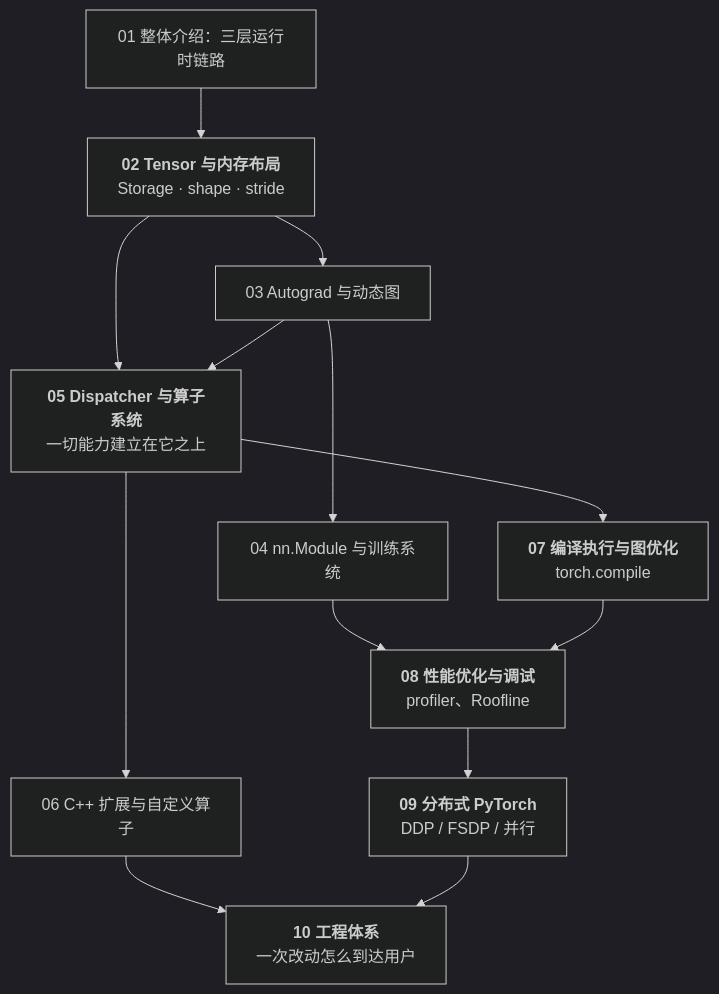
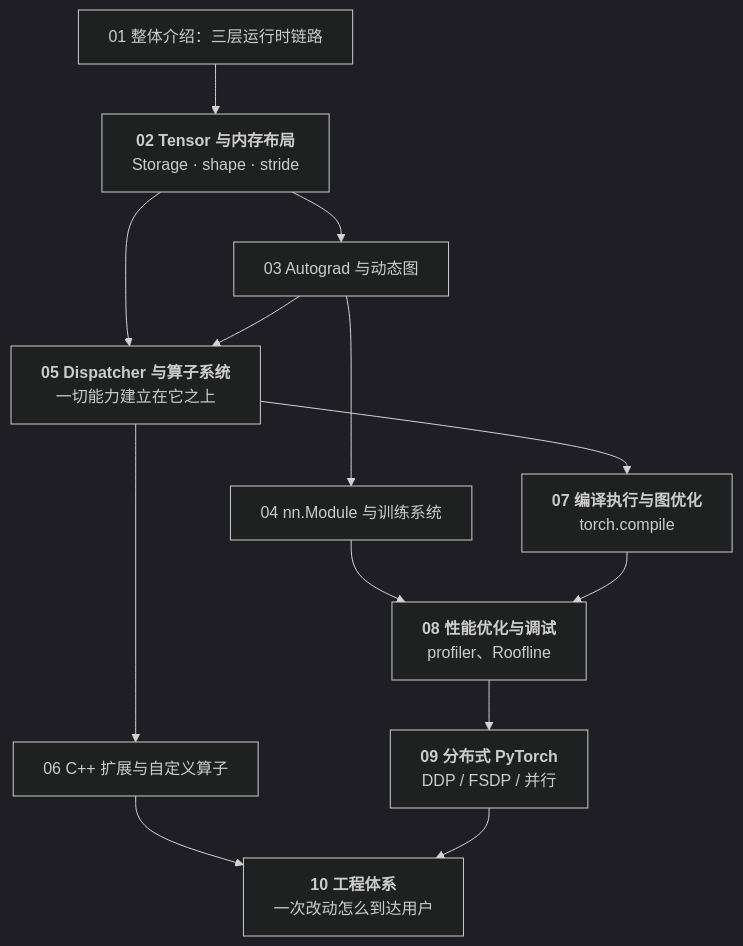
One commit to arganzheng/arganzheng.github.com changed the diagram in _posts/2026-02-26-deep-dive-into-pytorch-series-recap-and-self-test.md. Above: the diagram before and after it, drawn with Mermaid (dark theme). The commit also changed 9 other files, not shown here.

First line of the commit message:
PyTorch 系列其余 9 篇：流程图方框改成「标题 + 列表」

````diff
--- a/_posts/2026-02-26-deep-dive-into-pytorch-series-recap-and-self-test.md
+++ b/_posts/2026-02-26-deep-dive-into-pytorch-series-recap-and-self-test.md
@@ -20,16 +20,16 @@
 ```mermaid
-%%{init: {"flowchart": {"wrappingWidth": 170}}}%%
+%%{init: {"flowchart": {"wrappingWidth": 540}}}%%
 %% 图：PyTorch 系列全景：Tensor → Autograd → Module → Dispatcher → 扩展 / 编译 → 性能 → 分布式 → 工程体系
 flowchart TB
     P1["01 整体介绍：三层运行时链路"] --> T2["<b>02 Tensor 与内存布局</b><br/>Storage · shape · stride"]
     T2 --> A3["03 Autograd 与动态图"]
     A3 --> M4["04 nn.Module 与训练系统"]
     T2 --> D5["<b>05 Dispatcher 与算子系统</b><br/>一切能力建立在它之上"]
     A3 --> D5
     D5 --> X6["06 C++ 扩展与自定义算子"]
     D5 --> C7["<b>07 编译执行与图优化</b><br/>torch.compile"]
     M4 & C7 --> P8["<b>08 性能优化与调试</b><br/>profiler、Roofline"]
     P8 --> D9["<b>09 分布式 PyTorch</b><br/>DDP / FSDP / 并行"]
     X6 & D9 --> E10["<b>10 工程体系</b><br/>一次改动怎么到达用户"]
 
 ```
````
